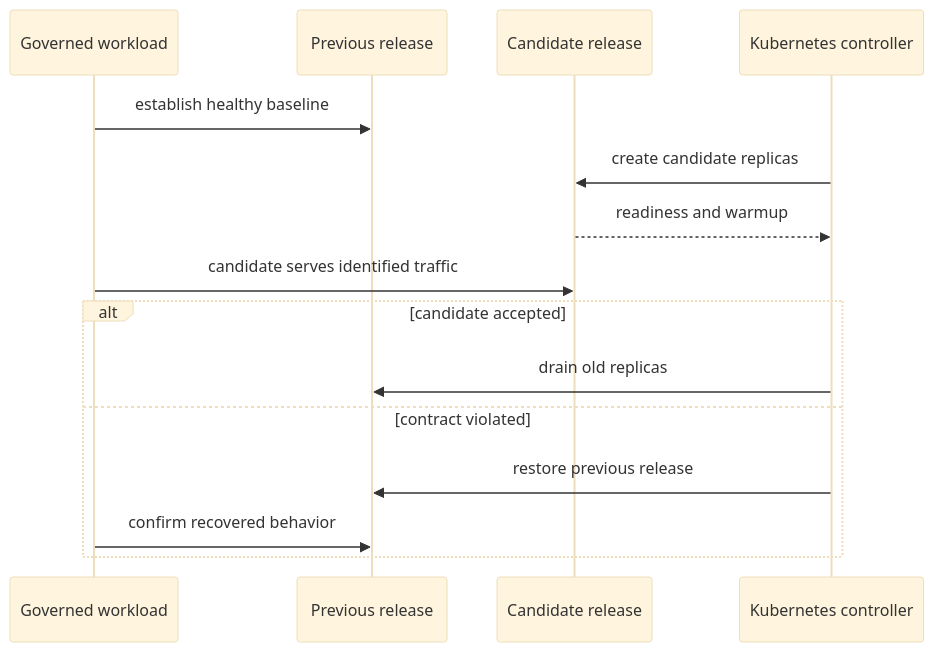
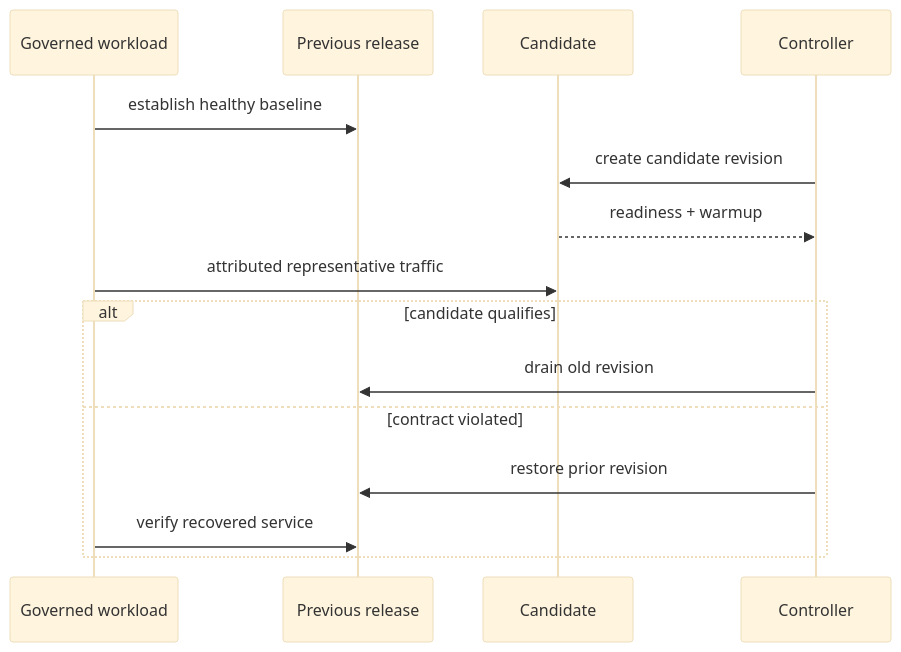
One commit to bijux/bijux-atlas changed the diagram in docs/bijux-atlas-ops/load/rollout-under-load.md. Above: the diagram before and after it, drawn with Mermaid (base theme). The commit also changed other lines of this file and 1 other file, not shown here.

````diff
--- a/docs/bijux-atlas-ops/load/rollout-under-load.md
+++ b/docs/bijux-atlas-ops/load/rollout-under-load.md
@@ -63,17 +40,17 @@
 ```mermaid
 sequenceDiagram
     participant Load as Governed workload
     participant Old as Previous release
-    participant New as Candidate release
-    participant K8s as Kubernetes controller
+    participant New as Candidate
+    participant K8s as Controller
     Load->>Old: establish healthy baseline
-    K8s->>New: create candidate replicas
-    New-->>K8s: readiness and warmup
-    Load->>New: candidate serves identified traffic
-    alt candidate accepted
-        K8s->>Old: drain old replicas
+    K8s->>New: create candidate revision
+    New-->>K8s: readiness + warmup
+    Load->>New: attributed representative traffic
+    alt candidate qualifies
+        K8s->>Old: drain old revision
     else contract violated
-        K8s->>Old: restore previous release
-        Load->>Old: confirm recovered behavior
+        K8s->>Old: restore prior revision
+        Load->>Old: verify recovered service
     end
 ```
````
